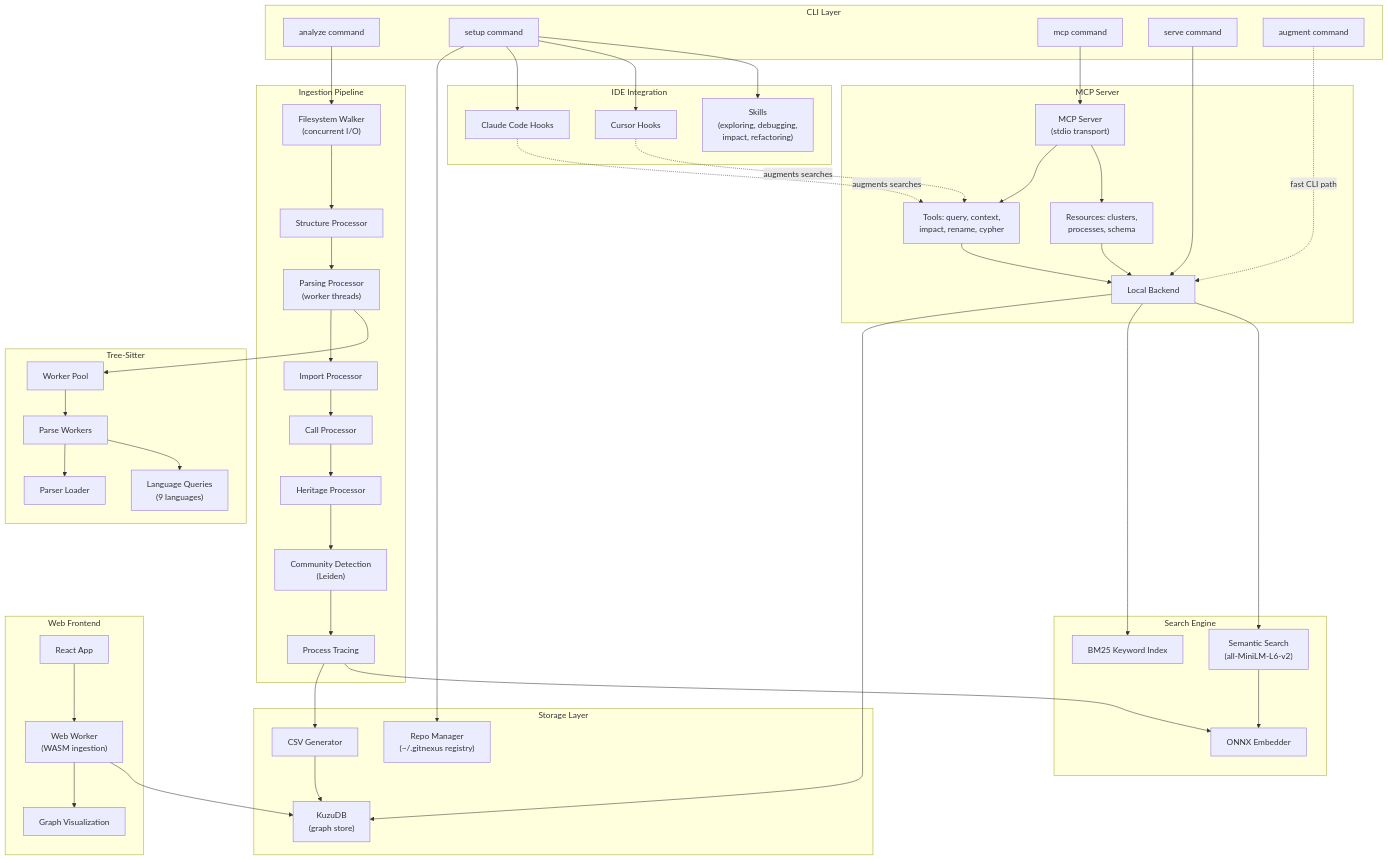
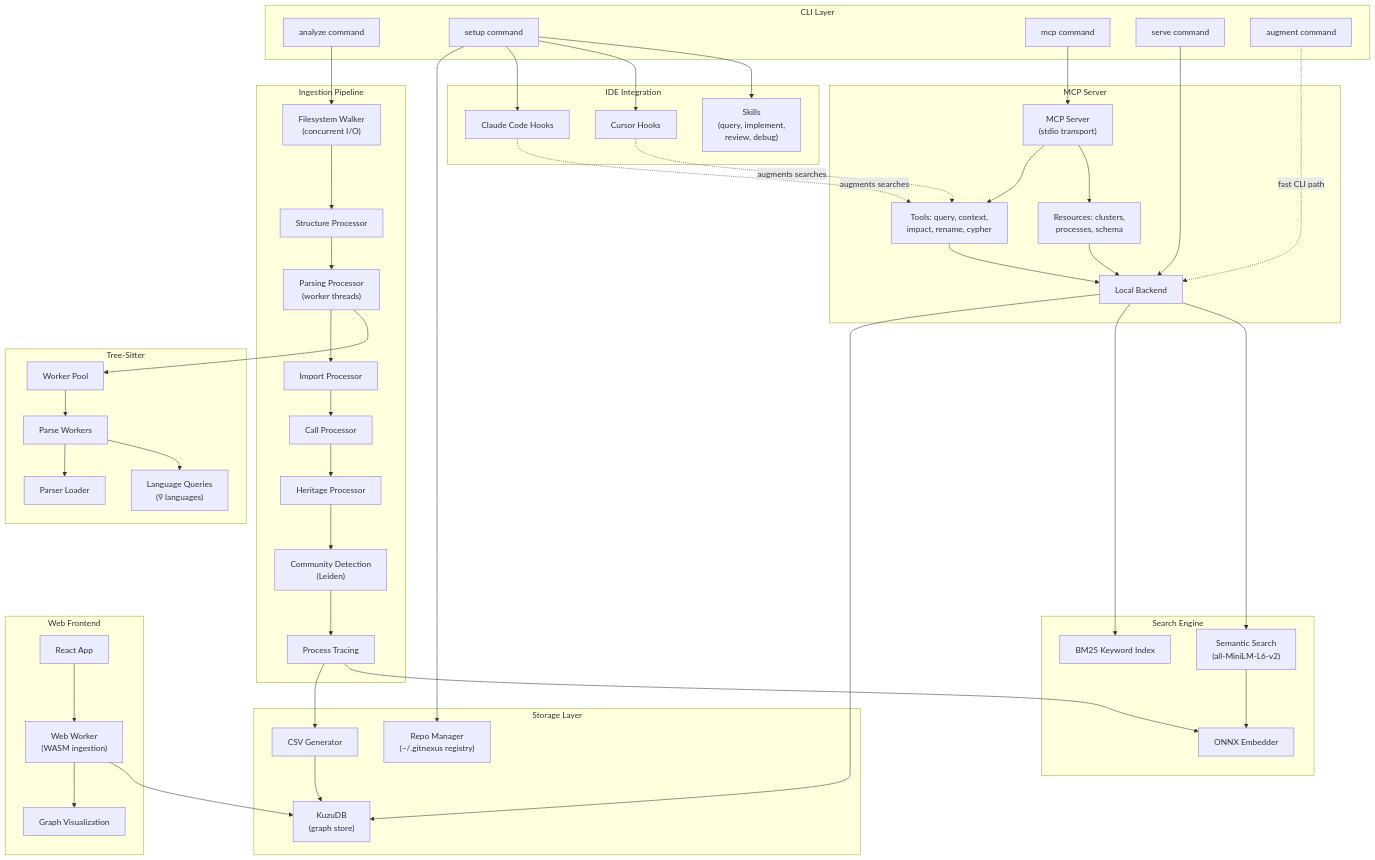
The diagram in ARCHITECTURE.md (butterbenny/GitNexus), drawn with Mermaid before and after one commit. The commit also changed 21 other files, not shown here.

```diff
--- a/ARCHITECTURE.md
+++ b/ARCHITECTURE.md
@@ -154,7 +154,7 @@
     subgraph Hooks["IDE Integration"]
         claude_hook["Claude Code Hooks"]
         cursor_hook["Cursor Hooks"]
-        skills["Skills<br/>(exploring, debugging,<br/>impact, refactoring)"]
+        skills["Skills<br/>(query, implement,<br/>review, debug)"]
     end
 
     subgraph Web["Web Frontend"]
```
